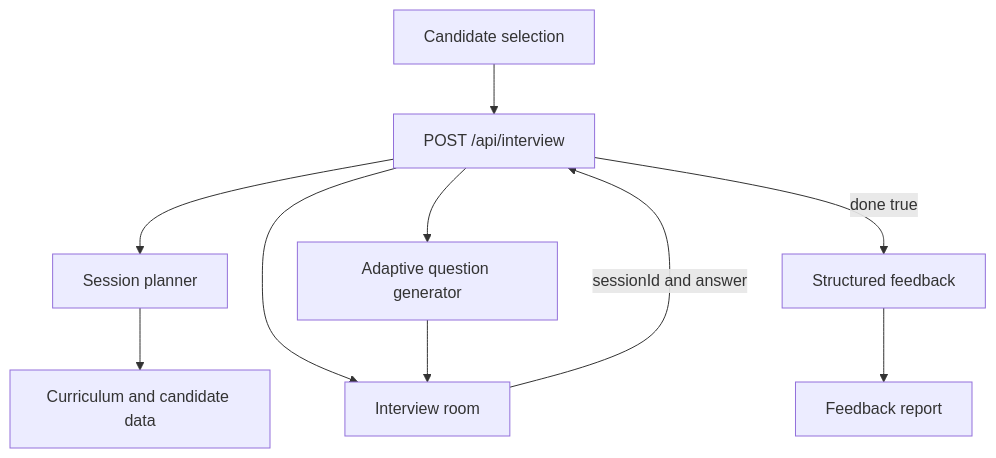
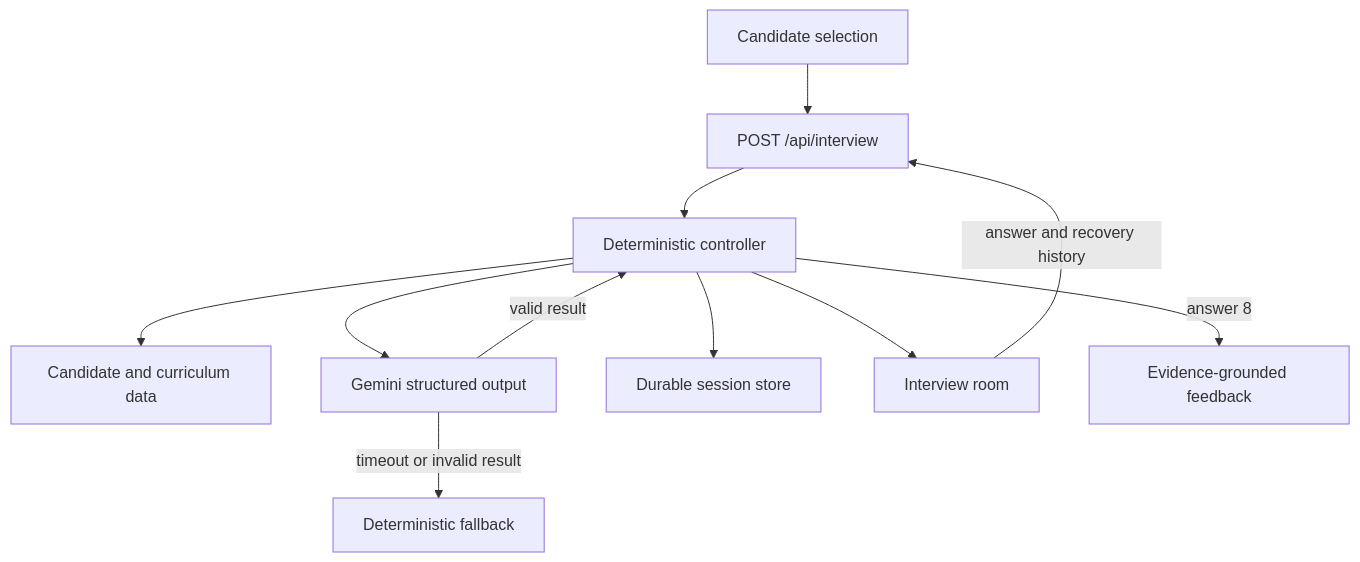
One commit to pulijala-bhavani/team-nisq-guardians changed the diagram in docs/02-ARCHITECTURE.md. Above: the diagram before and after it, drawn with Mermaid. The commit also changed other lines of this file and 19 other files, not shown here.

Commit message:
Upgrade adaptive interview agent

````diff
--- a/docs/02-ARCHITECTURE.md
+++ b/docs/02-ARCHITECTURE.md
@@ -7,12 +13,13 @@
 ```mermaid
 flowchart TD
     A[Candidate selection] --> B[POST /api/interview]
-    B --> C[Session planner]
-    C --> D[Curriculum and candidate data]
-    B --> E[Interview room]
-    E -->|sessionId and answer| B
-    B --> F[Adaptive question generator]
-    F --> E
-    B -->|done true| G[Structured feedback]
-    G --> H[Feedback report]
+    B --> C[Deterministic controller]
+    C --> D[Candidate and curriculum data]
+    C --> E[Gemini structured output]
+    E -->|valid result| C
+    E -->|timeout or invalid result| F[Deterministic fallback]
+    C --> G[Durable session store]
+    C --> H[Interview room]
+    H -->|answer and recovery history| B
+    C -->|answer 8| I[Evidence-grounded feedback]
 ```
````
